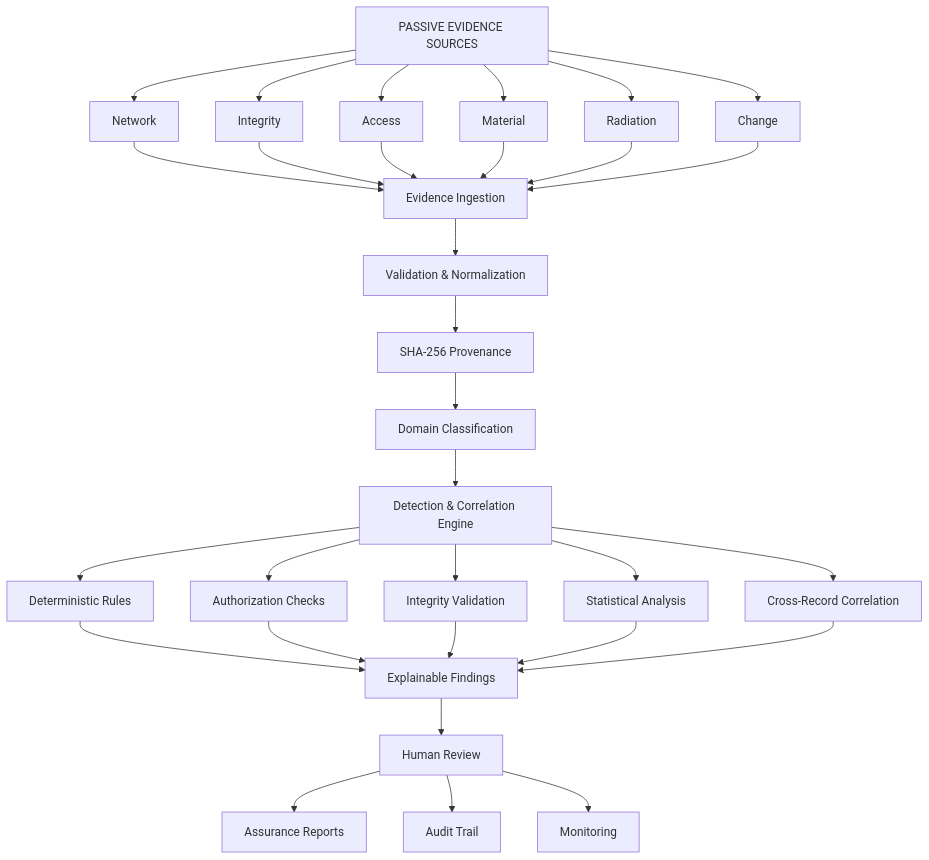
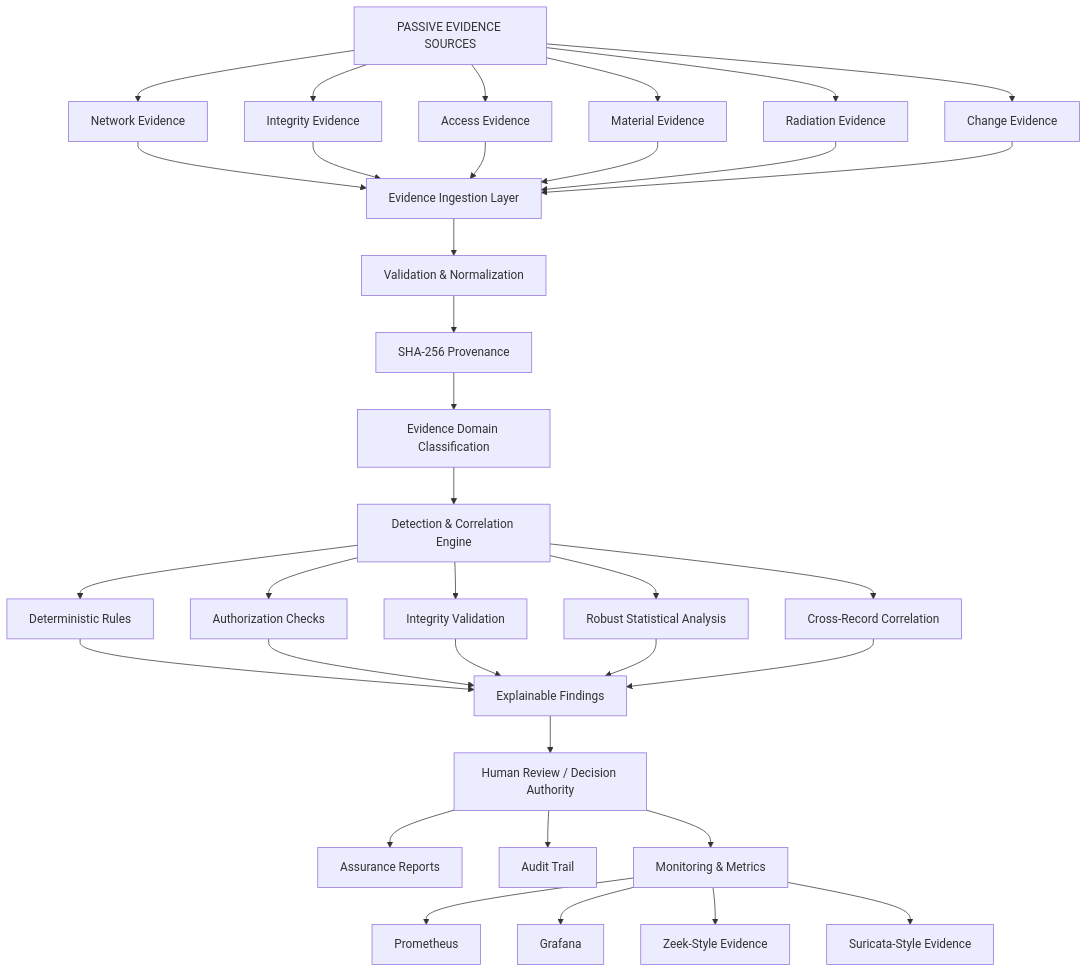
One commit to ruveeha33/NuclearShield changed the second of 6 diagrams in README.md. Above: the diagram before and after it, drawn with Mermaid. The commit also changed other lines of this file, not shown here.

First line of the commit message:
Refine README language and architecture descriptions.

````diff
--- a/README.md
+++ b/README.md
@@ -125,43 +125,48 @@
 ```mermaid
 flowchart TD
 
     INPUT["PASSIVE EVIDENCE SOURCES"]
 
-    INPUT --> NET["Network"]
-    INPUT --> INT["Integrity"]
-    INPUT --> ACC["Access"]
-    INPUT --> MAT["Material"]
-    INPUT --> RAD["Radiation"]
-    INPUT --> CHG["Change"]
+    INPUT --> NET["Network Evidence"]
+    INPUT --> INT["Integrity Evidence"]
+    INPUT --> ACC["Access Evidence"]
+    INPUT --> MAT["Material Evidence"]
+    INPUT --> RAD["Radiation Evidence"]
+    INPUT --> CHG["Change Evidence"]
 
-    NET --> INGEST["Evidence Ingestion"]
+    NET --> INGEST["Evidence Ingestion Layer"]
     INT --> INGEST
     ACC --> INGEST
     MAT --> INGEST
     RAD --> INGEST
     CHG --> INGEST
 
     INGEST --> VALIDATE["Validation & Normalization"]
     VALIDATE --> HASH["SHA-256 Provenance"]
-    HASH --> CLASSIFY["Domain Classification"]
+    HASH --> CLASSIFY["Evidence Domain Classification"]
 
     CLASSIFY --> ENGINE["Detection & Correlation Engine"]
 
     ENGINE --> RULES["Deterministic Rules"]
     ENGINE --> AUTH["Authorization Checks"]
     ENGINE --> INTEGRITY["Integrity Validation"]
-    ENGINE --> STATS["Statistical Analysis"]
+    ENGINE --> STATS["Robust Statistical Analysis"]
     ENGINE --> CORR["Cross-Record Correlation"]
 
     RULES --> FINDINGS["Explainable Findings"]
     AUTH --> FINDINGS
     INTEGRITY --> FINDINGS
     STATS --> FINDINGS
     CORR --> FINDINGS
 
-    FINDINGS --> HUMAN["Human Review"]
+    FINDINGS --> HUMAN["Human Review / Decision Authority"]
 
     HUMAN --> REPORT["Assurance Reports"]
     HUMAN --> AUDIT["Audit Trail"]
-    HUMAN --> MONITOR["Monitoring"]
+    HUMAN --> MONITOR["Monitoring & Metrics"]
+
+    MONITOR --> PROM["Prometheus"]
+    MONITOR --> GRAF["Grafana"]
+    MONITOR --> ZEEK["Zeek-Style Evidence"]
+    MONITOR --> SURI["Suricata-Style Evidence"]
 ```
````
